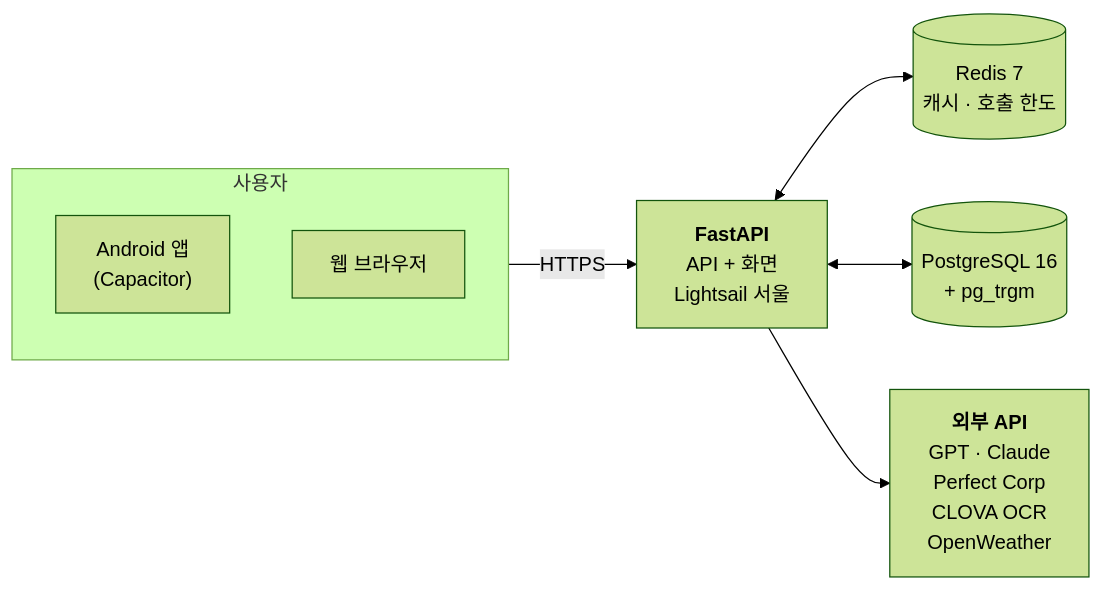
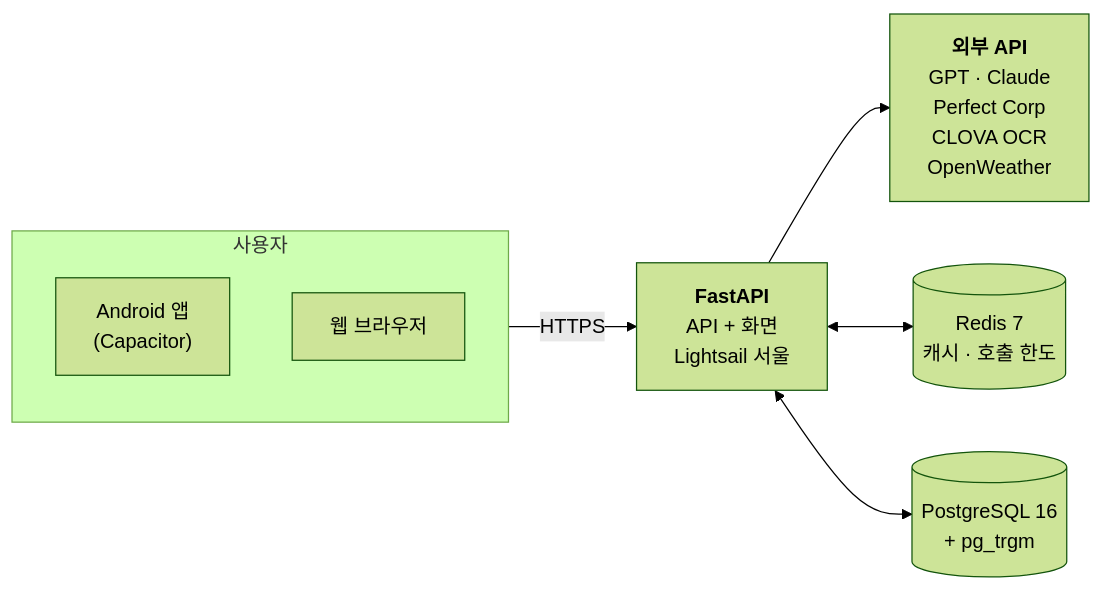
One commit to EunSeong-Jo/capstone changed the diagram in README.md. Above: the diagram before and after it, drawn with Mermaid (forest theme). The commit also changed other lines of this file, not shown here.

Commit message:
docs: 시스템 구성도의 외부 API 상자를 위로 올려 깃허브 확대 버튼에 가리지 않게 한다

````diff
--- a/README.md
+++ b/README.md
@@ -40,12 +40,12 @@
 ```mermaid
 flowchart LR
     subgraph USER["사용자"]
         APK["Android 앱<br/>(Capacitor)"]
         WEB["웹 브라우저"]
     end
 
     USER -- HTTPS --> API["<b>FastAPI</b><br/>API + 화면<br/>Lightsail 서울"]
+    API --> EXT["<b>외부 API</b><br/>GPT · Claude<br/>Perfect Corp<br/>CLOVA OCR<br/>OpenWeather"]
     API <--> REDIS[("Redis 7<br/>캐시 · 호출 한도")]
     API <--> DB[("PostgreSQL 16<br/>+ pg_trgm")]
-    API --> EXT["<b>외부 API</b><br/>GPT · Claude<br/>Perfect Corp<br/>CLOVA OCR<br/>OpenWeather"]
 ```
````
